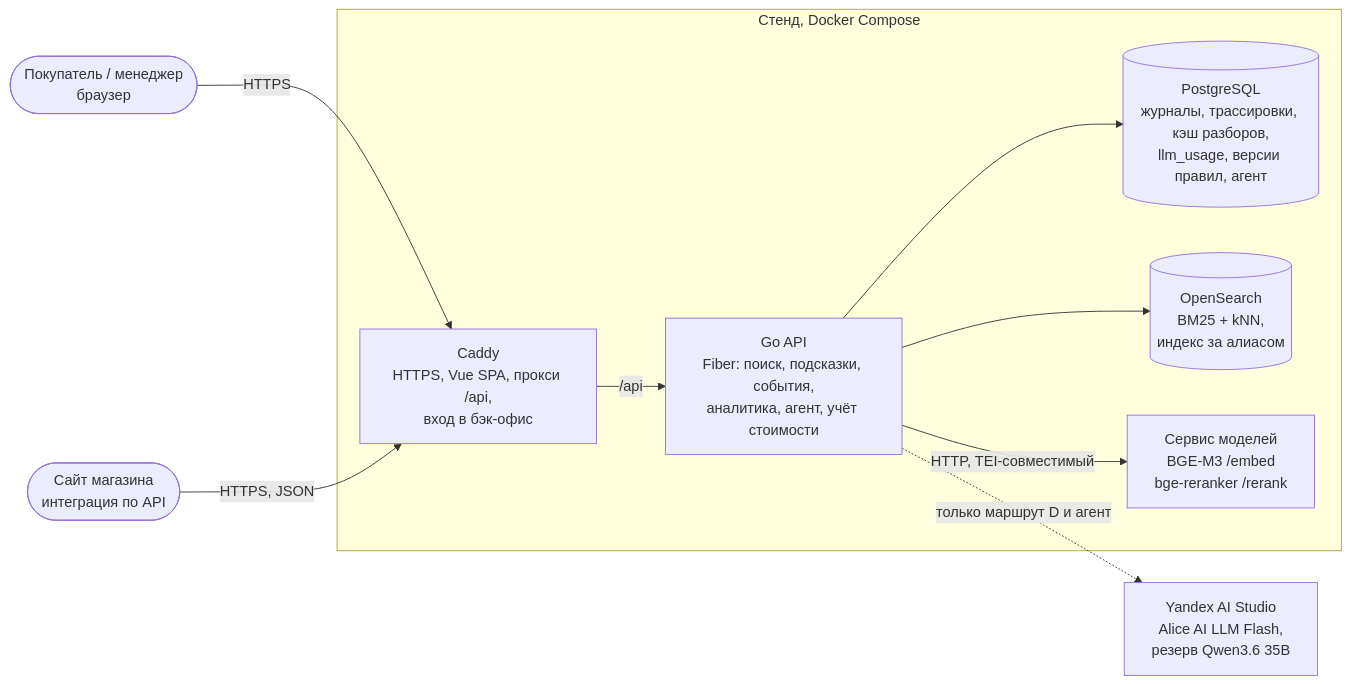
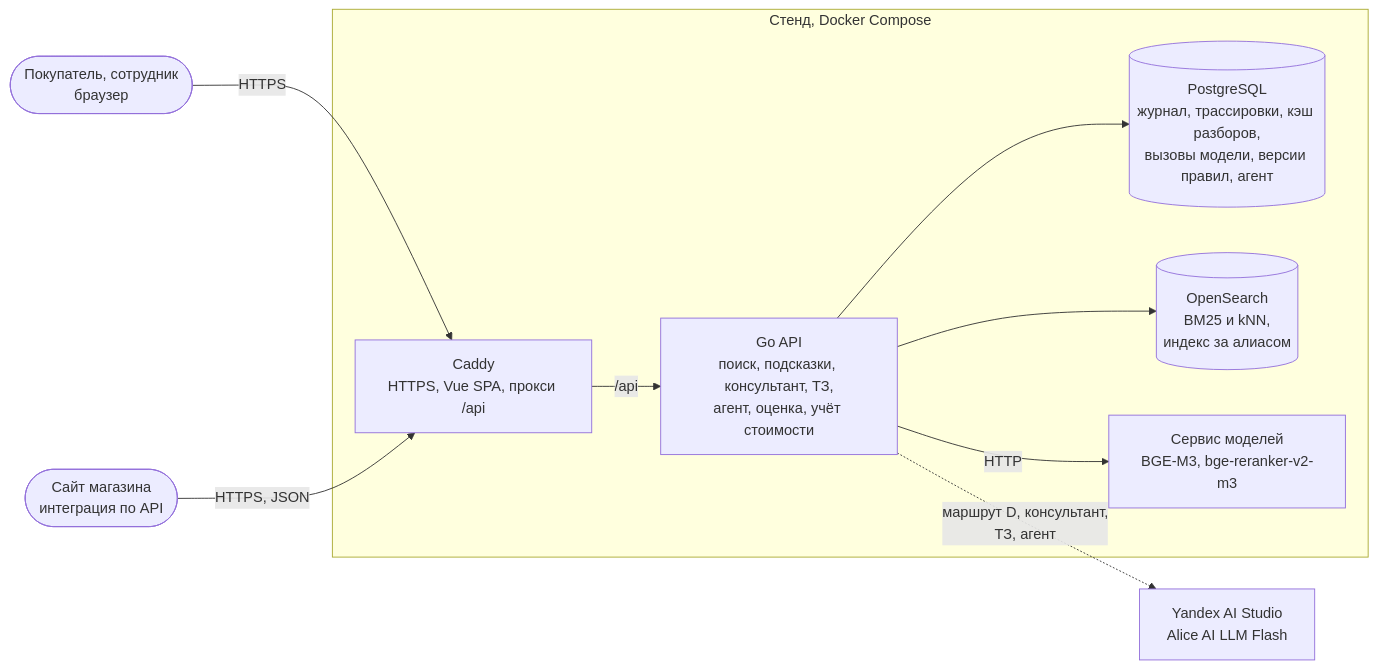
The first of 3 diagrams in docs/ARCHITECTURE.md (olegator-rus/rokotovka-plexet-kuznitsa), drawn with Mermaid before and after one commit. The commit also changed other lines of this file and 18 other files, not shown here.

Commit message:
README со схемами Mermaid; документы приведены к каталогу заказчика; развёртывание из репозитория: скрипт deploy/bootstrap.sh и docs/DEPLOY.md

````diff
--- a/docs/ARCHITECTURE.md
+++ b/docs/ARCHITECTURE.md
@@ -55,23 +17,23 @@
 ```mermaid
 flowchart LR
-    buyer([Покупатель / менеджер<br/>браузер])
+    buyer([Покупатель, сотрудник<br/>браузер])
     shop([Сайт магазина<br/>интеграция по API])
 
     subgraph stand [Стенд, Docker Compose]
-        web[Caddy<br/>HTTPS, Vue SPA, прокси /api,<br/>вход в бэк-офис]
-        api[Go API<br/>Fiber: поиск, подсказки, события,<br/>аналитика, агент, учёт стоимости]
-        pg[(PostgreSQL<br/>журналы, трассировки, кэш разборов,<br/>llm_usage, версии правил, агент)]
-        os[(OpenSearch<br/>BM25 + kNN,<br/>индекс за алиасом)]
-        ml[Сервис моделей<br/>BGE-M3 /embed<br/>bge-reranker /rerank]
+        web[Caddy<br/>HTTPS, Vue SPA, прокси /api]
+        api[Go API<br/>поиск, подсказки, консультант, ТЗ,<br/>агент, оценка, учёт стоимости]
+        pg[(PostgreSQL<br/>журнал, трассировки, кэш разборов,<br/>вызовы модели, версии правил, агент)]
+        os[(OpenSearch<br/>BM25 и kNN,<br/>индекс за алиасом)]
+        ml[Сервис моделей<br/>BGE-M3, bge-reranker-v2-m3]
     end
 
-    llm[Yandex AI Studio<br/>Alice AI LLM Flash,<br/>резерв Qwen3.6 35B]
+    llm[Yandex AI Studio<br/>Alice AI LLM Flash]
 
     buyer -->|HTTPS| web
     shop -->|HTTPS, JSON| web
     web -->|/api| api
     api --> pg
     api --> os
-    api -->|HTTP, TEI-совместимый| ml
-    api -.->|только маршрут D и агент| llm
+    api -->|HTTP| ml
+    api -.->|маршрут D, консультант,<br/>ТЗ, агент| llm
 ```
````
